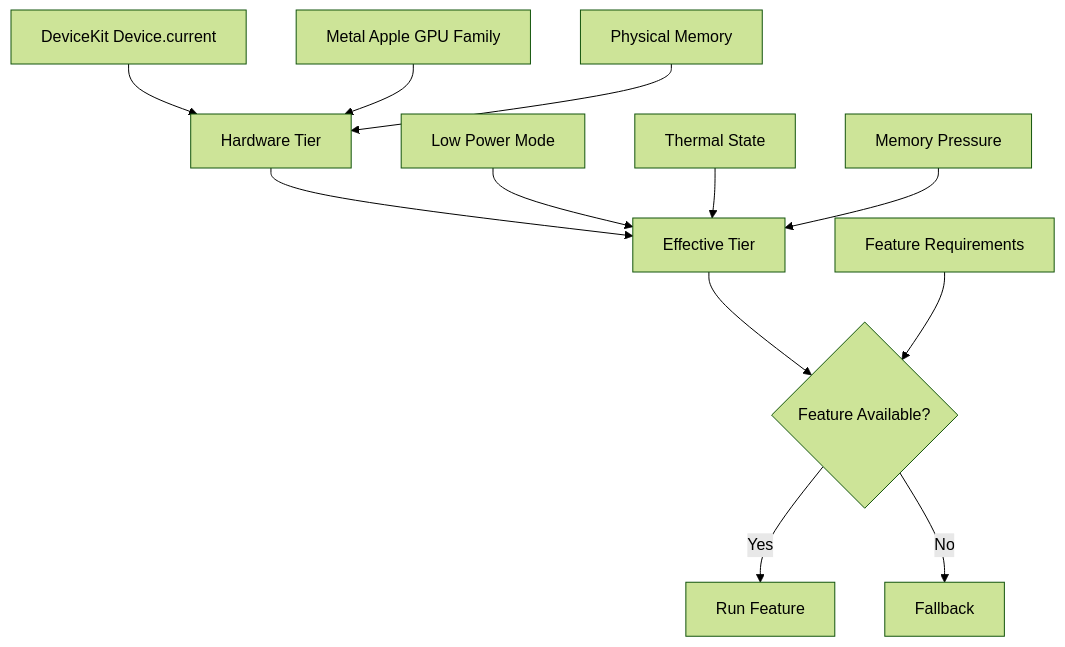
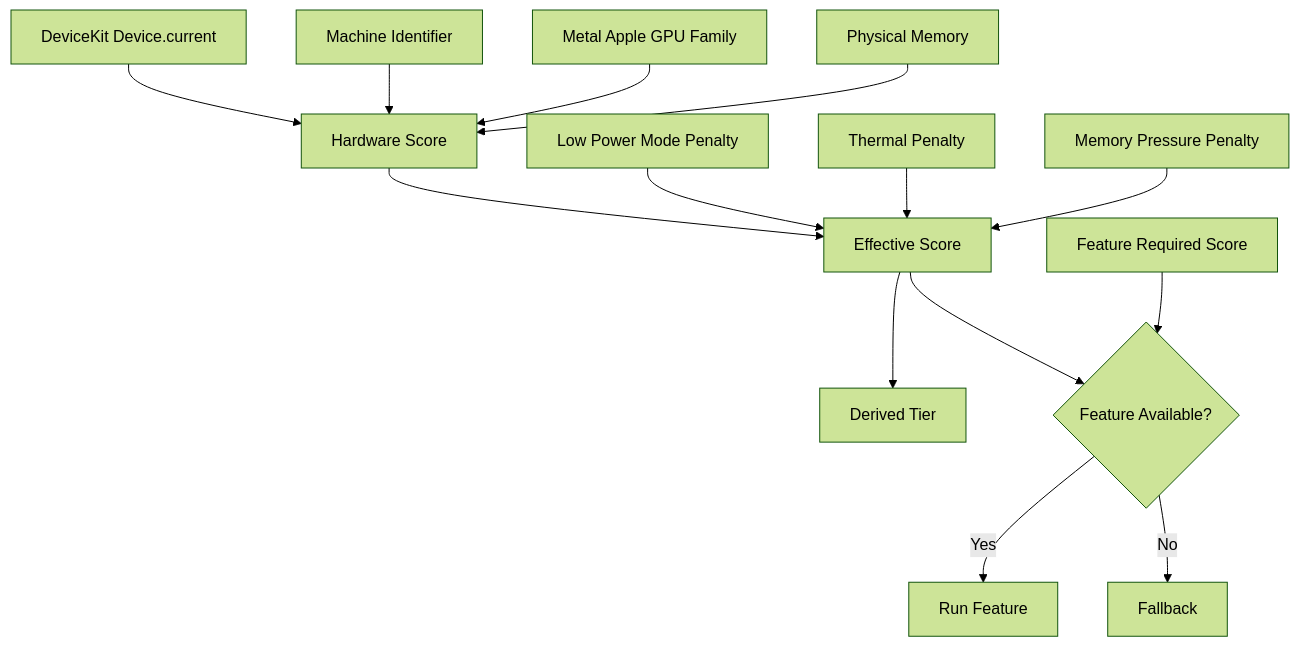
The first of 2 diagrams in README.md (NuPlay/Headroom), drawn with Mermaid (forest theme) before and after one commit. The commit also changed other lines of this file, not shown here.

Commit message:
Document score calibration

````diff
--- a/README.md
+++ b/README.md
@@ -93,16 +94,18 @@
 ```mermaid
 graph TD
-    A[DeviceKit Device.current] --> B[Hardware Tier]
-    C[Metal Apple GPU Family] --> B
-    D[Physical Memory] --> B
+    A[DeviceKit Device.current] --> B[Hardware Score]
+    C[Machine Identifier] --> B
+    D[Metal Apple GPU Family] --> B
+    E[Physical Memory] --> B
 
-    B --> E[Effective Tier]
-    F[Low Power Mode] --> E
-    G[Thermal State] --> E
-    H[Memory Pressure] --> E
+    B --> F[Effective Score]
+    G[Low Power Mode Penalty] --> F
+    H[Thermal Penalty] --> F
+    I[Memory Pressure Penalty] --> F
 
-    E --> I{Feature Available?}
-    J[Feature Requirements] --> I
-    I -->|Yes| K[Run Feature]
-    I -->|No| L[Fallback]
+    F --> J[Derived Tier]
+    F --> K{Feature Available?}
+    L[Feature Required Score] --> K
+    K -->|Yes| M[Run Feature]
+    K -->|No| N[Fallback]
 ```
````
